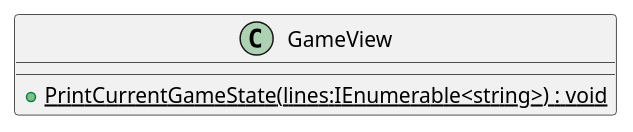
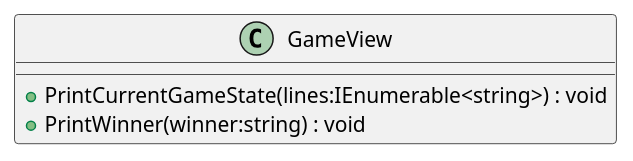
The diagram in Barricade/Views/GameView.puml (Evert-Arends/barricadegameModel3), drawn with PlantUML before and after one commit. The commit also changed 16 other files, not shown here.

```diff
--- a/Barricade/Views/GameView.puml
+++ b/Barricade/Views/GameView.puml
@@ -1,5 +1,6 @@
 @startuml
 class GameView {
-    + {static} PrintCurrentGameState(lines:IEnumerable<string>) : void
+    + PrintCurrentGameState(lines:IEnumerable<string>) : void
+    + PrintWinner(winner:string) : void
 }
 @enduml
```
